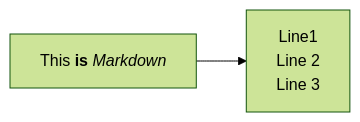
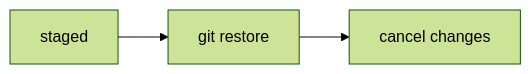
The second of 2 diagrams in readme.md (ejtrheoz/git-course), drawn with Mermaid (forest theme) before and after one commit. The commit also changed other lines of this file, not shown here.

Commit message:
Add git restore guide

````diff
--- a/readme.md
+++ b/readme.md
@@ -14,10 +13,9 @@
 ```mermaid
 graph LR;
-    markdown["`This **is** _Markdown_`"]
-    newLines["`Line1
-    Line 2
-    Line 3`"]
-    markdown --> newLines
+    markdown[staged]
+    newLines["git restore"]
+    result["cancel changes"]
+    markdown --> newLines --> result
 
 
 ```
````
